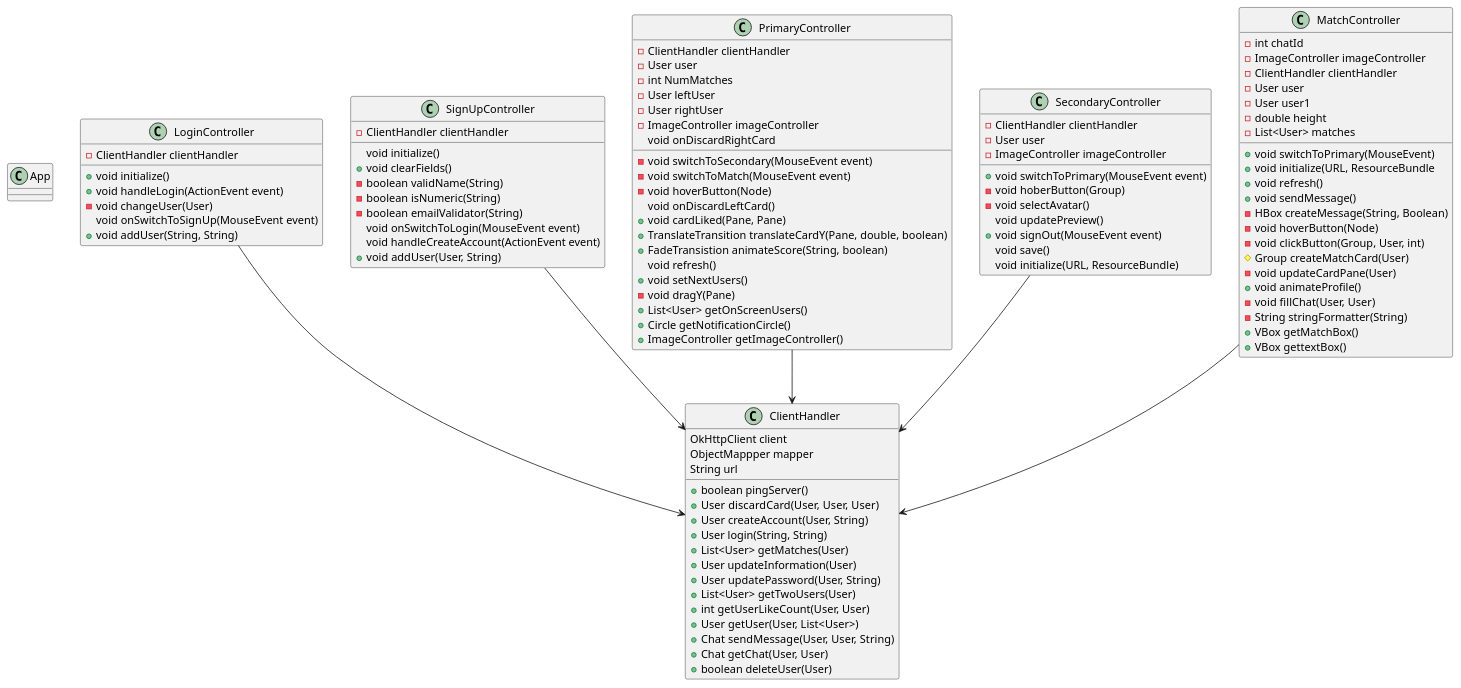
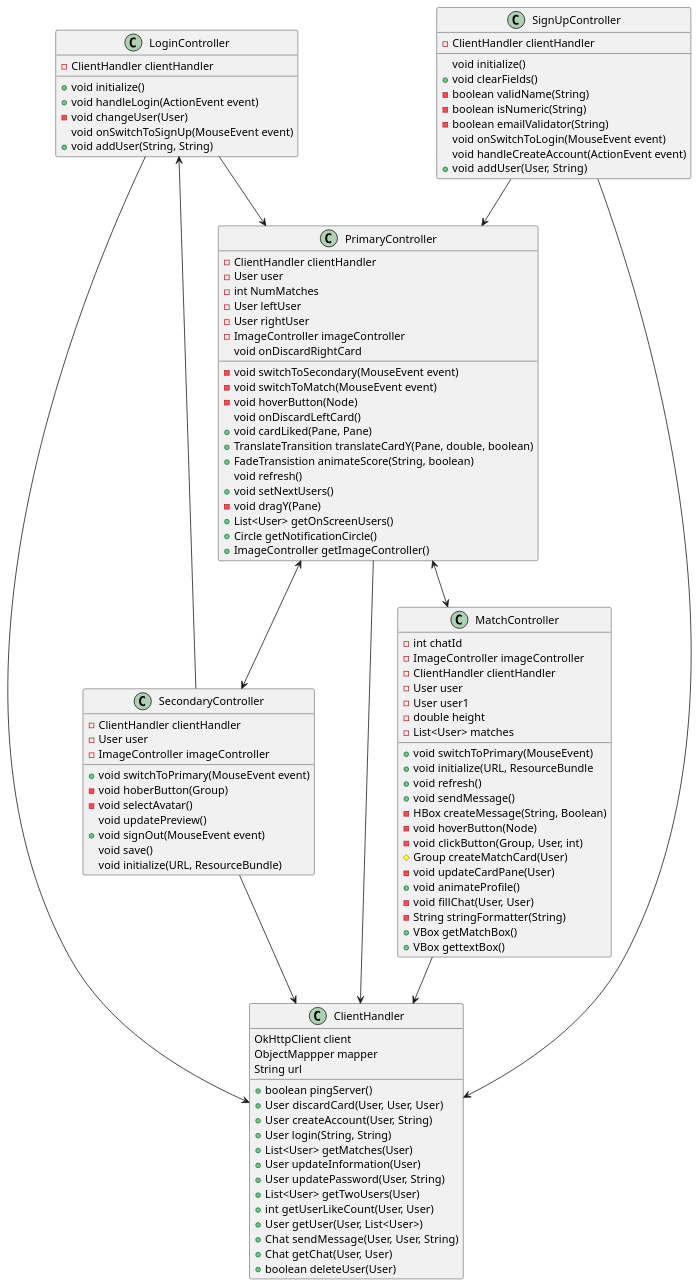
One commit to Tordsg/Xcitr changed the diagram in docs/release 3/uiDiagram.plantUML. Above: the diagram before and after it, drawn with PlantUML. The commit also changed 4 other files, not shown here.

Commit message:
fixed diagrams

```diff
--- a/docs/release 3/uiDiagram.plantUML
+++ b/docs/release 3/uiDiagram.plantUML
@@ -1,114 +1,118 @@
 @startuml uiDiagram
-
-class App{
-}
 
 class ClientHandler{
     OkHttpClient client
     ObjectMappper mapper
     String url
     +boolean pingServer()
     +User discardCard(User, User, User)
     +User createAccount(User, String)
     +User login(String, String)
     +List<User> getMatches(User)
     +User updateInformation(User)
     +User updatePassword(User, String)
     +List<User> getTwoUsers(User)
     +int getUserLikeCount(User, User)
     +User getUser(User, List<User>)
     +Chat sendMessage(User, User, String)
     +Chat getChat(User, User)
     +boolean deleteUser(User)
 }
 
 class LoginController{
     -ClientHandler clientHandler
     +void initialize()
     +void handleLogin(ActionEvent event)
     -void changeUser(User)
     void onSwitchToSignUp(MouseEvent event)
     +void addUser(String, String)
 
 }
 
 class SignUpController{
      -ClientHandler clientHandler
      void initialize()
      +void clearFields()
      -boolean validName(String)
      -boolean isNumeric(String)
      -boolean emailValidator(String)
      void onSwitchToLogin(MouseEvent event)
      void handleCreateAccount(ActionEvent event)
      +void addUser(User, String)
 
 
 }
 
 class PrimaryController{
     -ClientHandler clientHandler
     -User user
     -int NumMatches
     -User leftUser
     -User rightUser
     -ImageController imageController
     -void switchToSecondary(MouseEvent event)
     -void switchToMatch(MouseEvent event)
     -void hoverButton(Node)
     void onDiscardLeftCard()
     void onDiscardRightCard
     +void cardLiked(Pane, Pane)
     +TranslateTransition translateCardY(Pane, double, boolean)
     +FadeTransistion animateScore(String, boolean)
     void refresh()
     +void setNextUsers()
     -void dragY(Pane)
     +List<User> getOnScreenUsers()
     +Circle getNotificationCircle()
     +ImageController getImageController()
 }
 class SecondaryController{
     -ClientHandler clientHandler
     -User user
     -ImageController imageController
     +void switchToPrimary(MouseEvent event)
     -void hoberButton(Group)
     -void selectAvatar()
     void updatePreview()
     +void signOut(MouseEvent event)
     void save()
     void initialize(URL, ResourceBundle)
 
 }
 class MatchController{
     -int chatId
     -ImageController imageController
     -ClientHandler clientHandler
     -User user
     -User user1
     -double height
     -List<User> matches
     +void switchToPrimary(MouseEvent)
     +void initialize(URL, ResourceBundle
     +void refresh()
     +void sendMessage()
     -HBox createMessage(String, Boolean)
     -void hoverButton(Node)
     -void clickButton(Group, User, int)
     #Group createMatchCard(User)
     -void updateCardPane(User)
     +void animateProfile()
     -void fillChat(User, User)
     -String stringFormatter(String)
     +VBox getMatchBox()
     +VBox gettextBox()
 }
-
 LoginController --> ClientHandler
 SignUpController --> ClientHandler
 PrimaryController --> ClientHandler
 SecondaryController --> ClientHandler
 MatchController --> ClientHandler
 
+
+LoginController --> PrimaryController
+SignUpController --> PrimaryController
+PrimaryController <--> SecondaryController
+PrimaryController <--> MatchController
+SecondaryController --> LoginController
+
+
 @enduml
```
